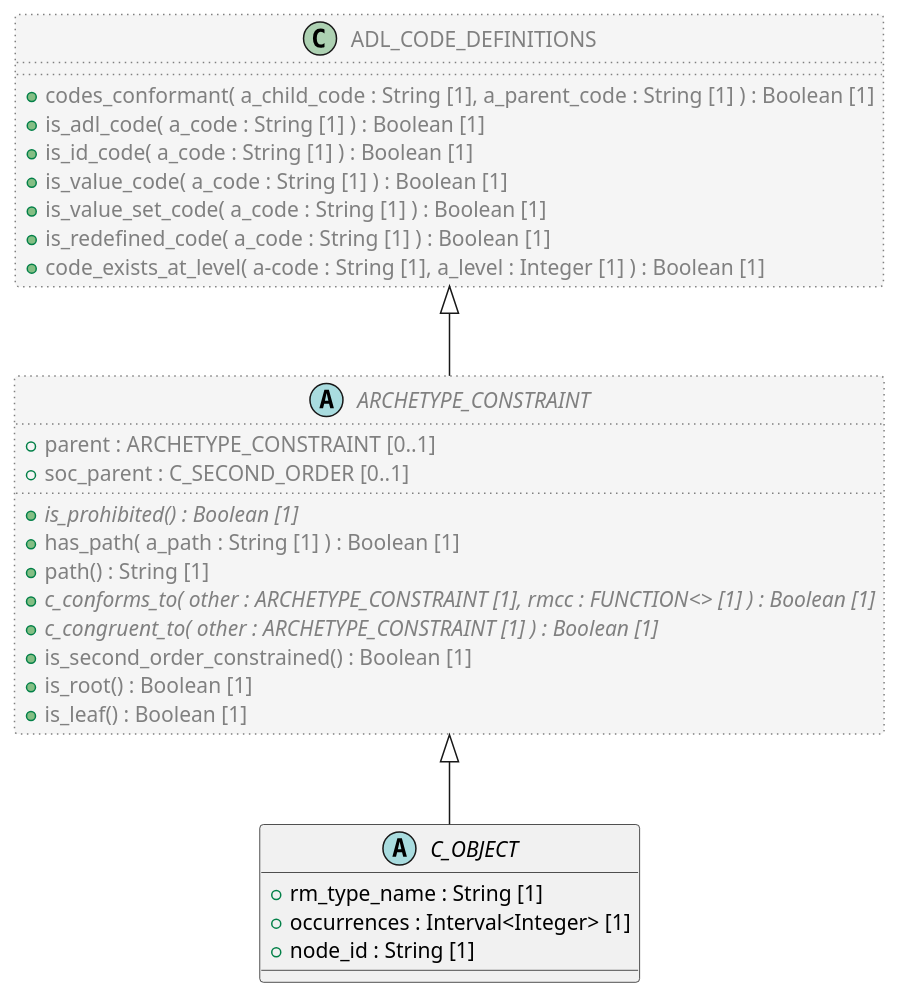
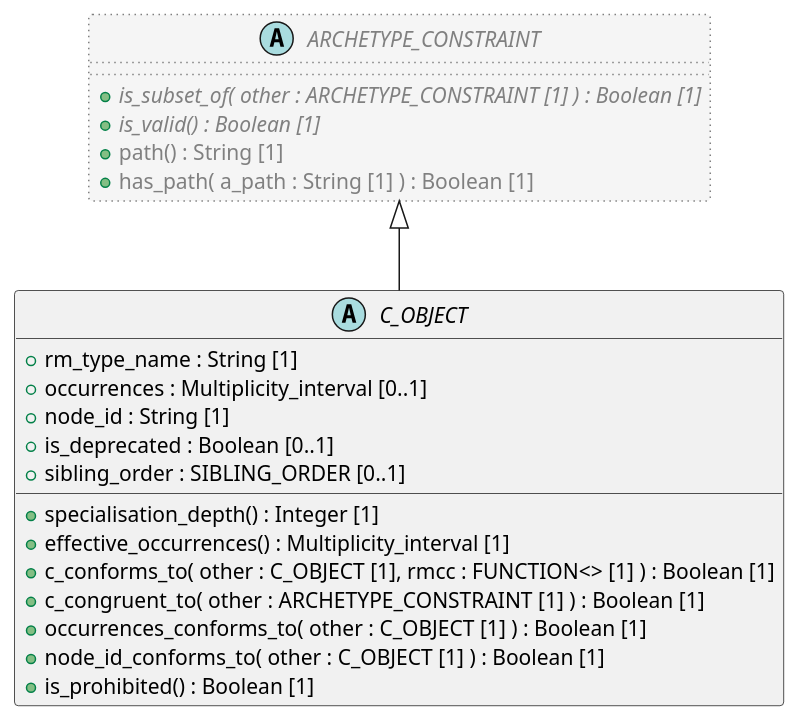
The diagram in code/PlantUML/openehr_am_2.4.0/org/openehr/am/aom2/constraint_model/C_OBJECT.puml (sebastian-iancu/code-generator), drawn with PlantUML before and after one commit. The commit also changed 140 other files, not shown here.

Commit message:
regenerate plantUML variant

```diff
--- a/code/PlantUML/openehr_am_2.4.0/org/openehr/am/aom2/constraint_model/C_OBJECT.puml
+++ b/code/PlantUML/openehr_am_2.4.0/org/openehr/am/aom2/constraint_model/C_OBJECT.puml
@@ -1,37 +1,28 @@
 @startuml
 
 abstract class C_OBJECT {
   + rm_type_name : String [1]
-  + occurrences : Interval<Integer> [1]
+  + occurrences : Multiplicity_interval [0..1]
   + node_id : String [1]
+  + is_deprecated : Boolean [0..1]
+  + sibling_order : SIBLING_ORDER [0..1]
+  + specialisation_depth() : Integer [1]
+  + effective_occurrences() : Multiplicity_interval [1]
+  + c_conforms_to( other : C_OBJECT [1], rmcc : FUNCTION<> [1] ) : Boolean [1]
+  + c_congruent_to( other : ARCHETYPE_CONSTRAINT [1] ) : Boolean [1]
+  + occurrences_conforms_to( other : C_OBJECT [1] ) : Boolean [1]
+  + node_id_conforms_to( other : C_OBJECT [1] ) : Boolean [1]
+  + is_prohibited() : Boolean [1]
 }
 
 abstract class ARCHETYPE_CONSTRAINT  #whitesmoke;line:gray;line.dotted;text:gray {
-  + parent : ARCHETYPE_CONSTRAINT [0..1]
-  + soc_parent : C_SECOND_ORDER [0..1]
-  + {abstract} is_prohibited() : Boolean [1]
+  + {abstract} is_subset_of( other : ARCHETYPE_CONSTRAINT [1] ) : Boolean [1]
+  + {abstract} is_valid() : Boolean [1]
+  + path() : String [1]
   + has_path( a_path : String [1] ) : Boolean [1]
-  + path() : String [1]
-  + {abstract} c_conforms_to( other : ARCHETYPE_CONSTRAINT [1], rmcc : FUNCTION<> [1] ) : Boolean [1]
-  + {abstract} c_congruent_to( other : ARCHETYPE_CONSTRAINT [1] ) : Boolean [1]
-  + is_second_order_constrained() : Boolean [1]
-  + is_root() : Boolean [1]
-  + is_leaf() : Boolean [1]
 }
-
-class ADL_CODE_DEFINITIONS  #whitesmoke;line:gray;line.dotted;text:gray {
-  + codes_conformant( a_child_code : String [1], a_parent_code : String [1] ) : Boolean [1]
-  + is_adl_code( a_code : String [1] ) : Boolean [1]
-  + is_id_code( a_code : String [1] ) : Boolean [1]
-  + is_value_code( a_code : String [1] ) : Boolean [1]
-  + is_value_set_code( a_code : String [1] ) : Boolean [1]
-  + is_redefined_code( a_code : String [1] ) : Boolean [1]
-  + code_exists_at_level( a-code : String [1], a_level : Integer [1] ) : Boolean [1]
-}
-
-ADL_CODE_DEFINITIONS <|-- ARCHETYPE_CONSTRAINT
 
 ARCHETYPE_CONSTRAINT <|-- C_OBJECT
 
 
 @enduml
```
